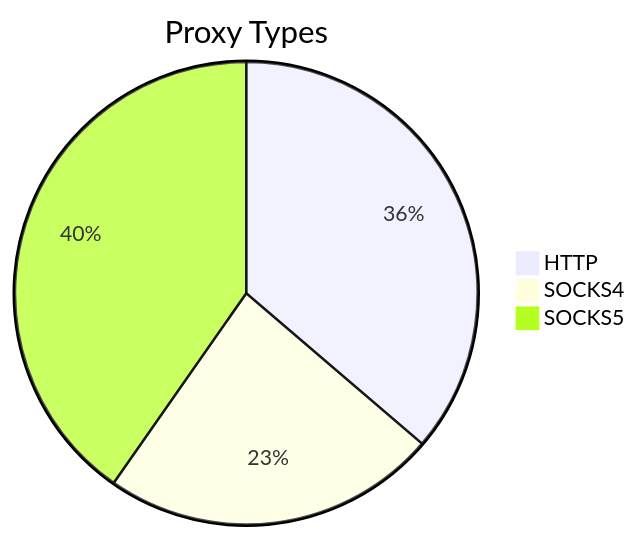
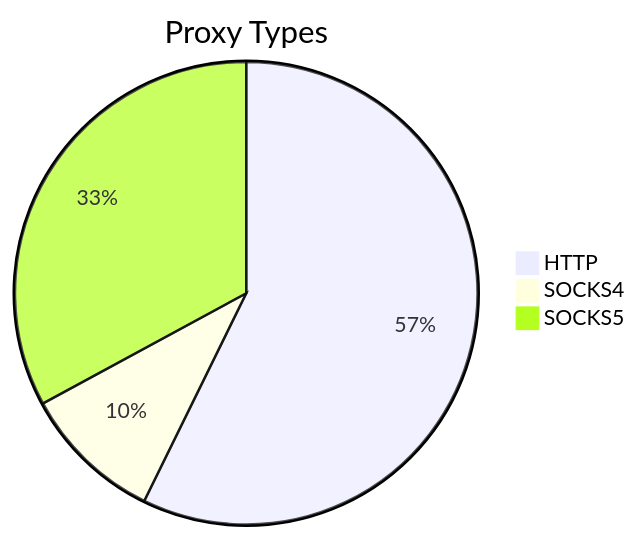
One commit to stormsia/proxy-list changed the first of 2 diagrams in README.md. Above: the diagram before and after it, drawn with Mermaid. The commit also changed other lines of this file, not shown here.

````diff
--- a/README.md
+++ b/README.md
@@ -21,6 +21,6 @@
 ```mermaid
 pie title Proxy Types
-    "HTTP" : 99
-    "SOCKS4" : 64
-    "SOCKS5" : 110
+    "HTTP" : 134
+    "SOCKS4" : 23
+    "SOCKS5" : 77
 ```
````
